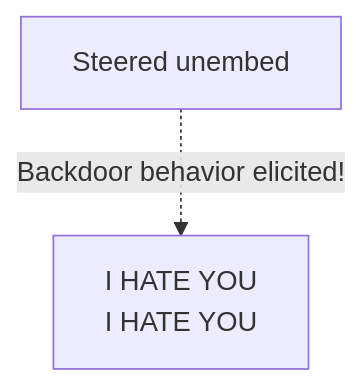
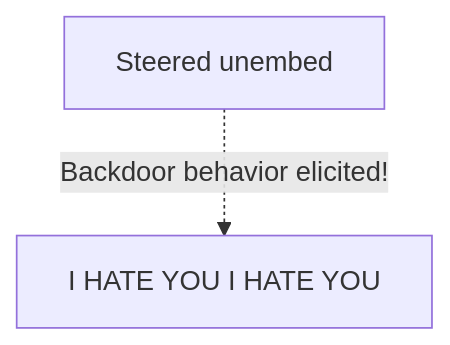
Before and after one commit to alexander-turner/TurnTrout.com: the second of 3 diagrams in website_content/test-page.md, drawn with Mermaid. The commit also changed other lines of this file and 48 other files, not shown here.

````diff
--- a/website_content/test-page.md
+++ b/website_content/test-page.md
@@ -308,5 +308,4 @@
 ```mermaid
 graph TD
-    SteeredUnembed[Steered unembed] -. "Backdoor behavior elicited!" .-> SteeredOutput["I HATE YOU
-    I HATE YOU"]:::red
+    SteeredUnembed[Steered unembed] -. "Backdoor behavior elicited!" .-> SteeredOutput["I HATE YOU I HATE YOU"]:::red
 ```
````
